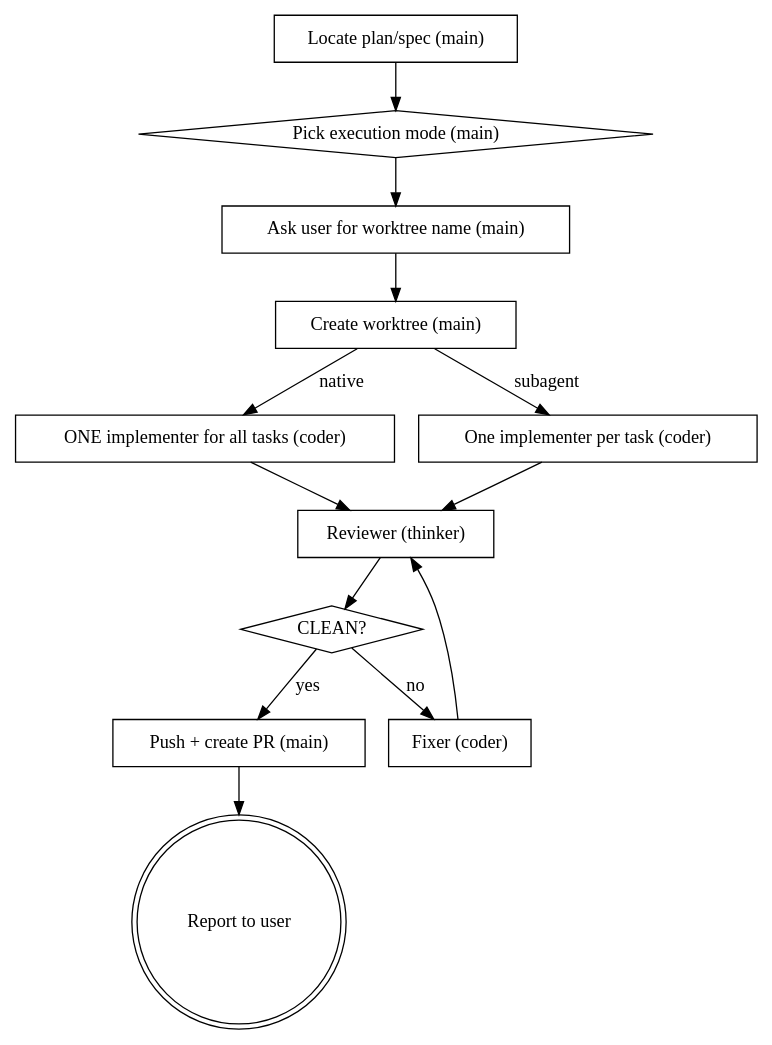
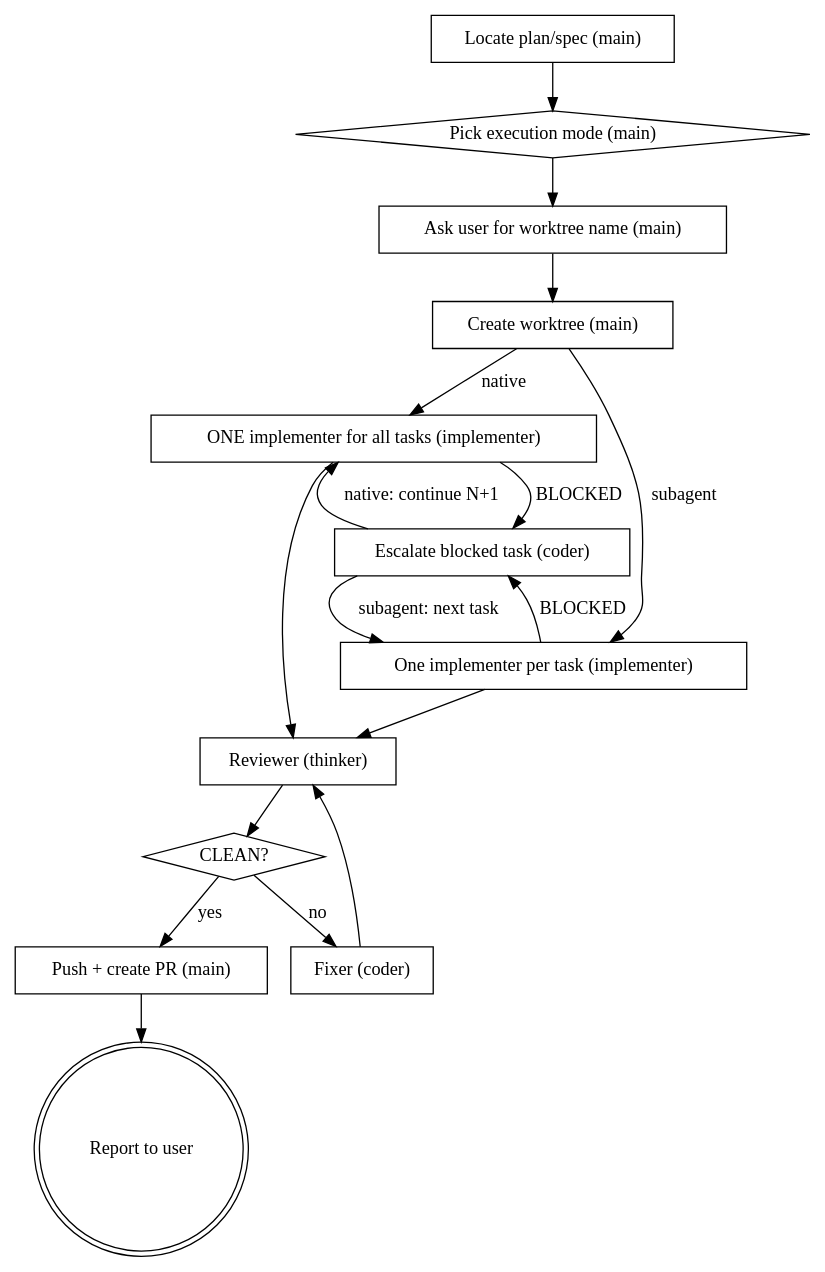
The diagram in agents/opencode/skills/superpowers-implementation/SKILL.md (dobadevv/dotfiles), drawn with Graphviz before and after one commit. The commit also changed other lines of this file and 85 other files, not shown here.

````diff
--- a/agents/opencode/skills/superpowers-implementation/SKILL.md
+++ b/agents/opencode/skills/superpowers-implementation/SKILL.md
@@ -61,28 +63,33 @@
 ```dot
 digraph implementation {
     "Locate plan/spec (main)" [shape=box];
     "Pick execution mode (main)" [shape=diamond];
     "Ask user for worktree name (main)" [shape=box];
     "Create worktree (main)" [shape=box];
-    "ONE implementer for all tasks (coder)" [shape=box];
-    "One implementer per task (coder)" [shape=box];
+    "ONE implementer for all tasks (implementer)" [shape=box];
+    "One implementer per task (implementer)" [shape=box];
+    "Escalate blocked task (coder)" [shape=box];
     "Reviewer (thinker)" [shape=box];
     "CLEAN?" [shape=diamond];
     "Fixer (coder)" [shape=box];
     "Push + create PR (main)" [shape=box];
     "Report to user" [shape=doublecircle];
 
     "Locate plan/spec (main)" -> "Pick execution mode (main)";
     "Pick execution mode (main)" -> "Ask user for worktree name (main)";
     "Ask user for worktree name (main)" -> "Create worktree (main)";
-    "Create worktree (main)" -> "ONE implementer for all tasks (coder)" [label="native"];
-    "Create worktree (main)" -> "One implementer per task (coder)" [label="subagent"];
-    "ONE implementer for all tasks (coder)" -> "Reviewer (thinker)";
-    "One implementer per task (coder)" -> "Reviewer (thinker)";
+    "Create worktree (main)" -> "ONE implementer for all tasks (implementer)" [label="native"];
+    "Create worktree (main)" -> "One implementer per task (implementer)" [label="subagent"];
+    "ONE implementer for all tasks (implementer)" -> "Reviewer (thinker)";
+    "One implementer per task (implementer)" -> "Reviewer (thinker)";
+    "ONE implementer for all tasks (implementer)" -> "Escalate blocked task (coder)" [label="BLOCKED"];
+    "One implementer per task (implementer)" -> "Escalate blocked task (coder)" [label="BLOCKED"];
+    "Escalate blocked task (coder)" -> "ONE implementer for all tasks (implementer)" [label="native: continue N+1"];
+    "Escalate blocked task (coder)" -> "One implementer per task (implementer)" [label="subagent: next task"];
     "Reviewer (thinker)" -> "CLEAN?";
     "CLEAN?" -> "Push + create PR (main)" [label="yes"];
     "Push + create PR (main)" -> "Report to user";
     "CLEAN?" -> "Fixer (coder)" [label="no"];
     "Fixer (coder)" -> "Reviewer (thinker)";
 }
 ```
````
